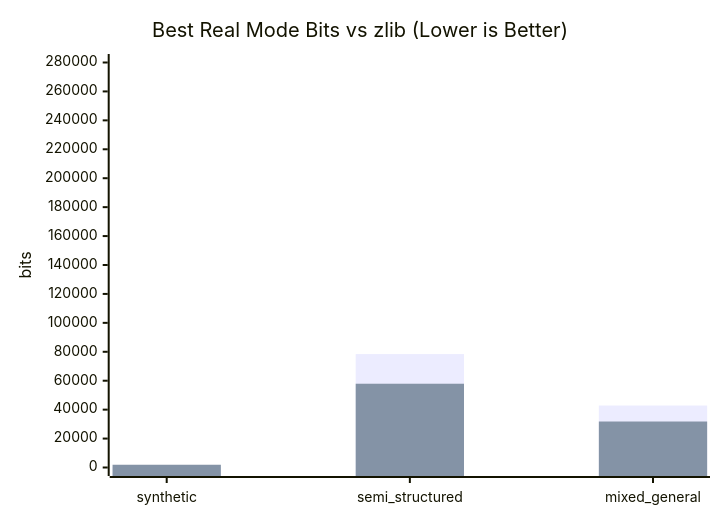
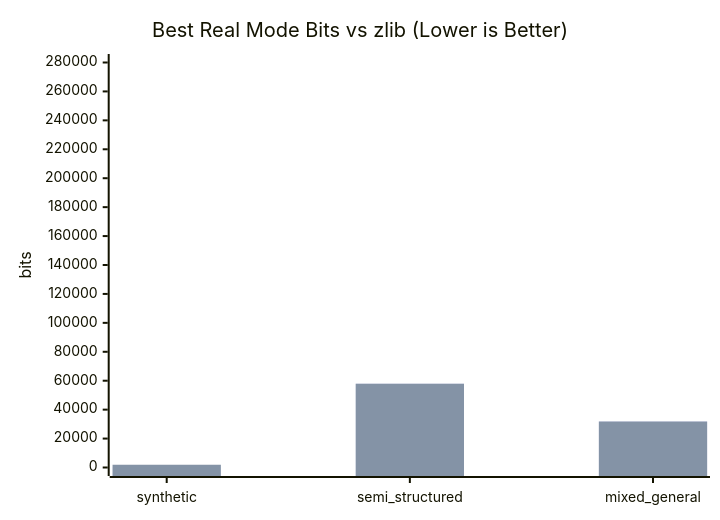
Before and after one commit to scruff2/Cube_Compression: the second of 4 diagrams in README.md, drawn with Mermaid. The commit also changed other lines of this file and 25 other files, not shown here.

Commit message:
Implement hybrid literal-only fast path and execute roadmap to completion

````diff
--- a/README.md
+++ b/README.md
@@ -183,8 +183,8 @@
 ```mermaid
 xychart-beta
     title "Best Real Mode Bits vs zlib (Lower is Better)"
     x-axis [synthetic, semi_structured, mixed_general]
     y-axis "bits" 0 --> 280000
-    bar [304, 78408, 42832]
+    bar [304, 58064, 31944]
     bar [1904, 57920, 31800]
 ```
````
